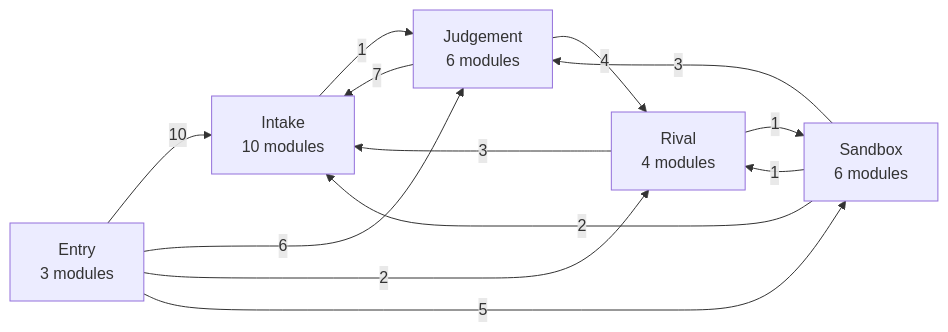
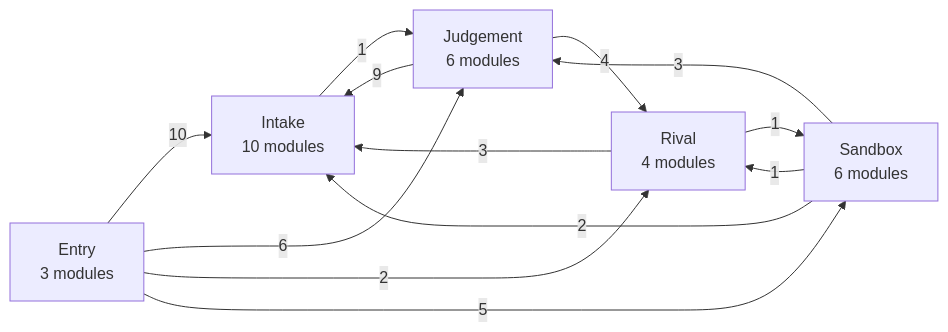
One commit to Okan-wqm/snowball-mcp changed the second of 8 diagrams in docs/harita.md. Above: the diagram before and after it, drawn with Mermaid. The commit also changed other lines of this file and 13 other files, not shown here.

````diff
--- a/docs/harita.md
+++ b/docs/harita.md
@@ -85,20 +85,20 @@
 ```mermaid
 flowchart LR
   a_Entry["Entry<br/>3 modules"]
   a_Intake["Intake<br/>10 modules"]
   a_Sandbox["Sandbox<br/>6 modules"]
   a_Rival["Rival<br/>4 modules"]
   a_Judgement["Judgement<br/>6 modules"]
   a_Entry -->|10| a_Intake
   a_Entry -->|6| a_Judgement
   a_Entry -->|2| a_Rival
   a_Entry -->|5| a_Sandbox
   a_Intake -->|1| a_Judgement
-  a_Judgement -->|7| a_Intake
+  a_Judgement -->|9| a_Intake
   a_Judgement -->|4| a_Rival
   a_Rival -->|3| a_Intake
   a_Rival -->|1| a_Sandbox
   a_Sandbox -->|2| a_Intake
   a_Sandbox -->|3| a_Judgement
   a_Sandbox -->|1| a_Rival
 ```
````
